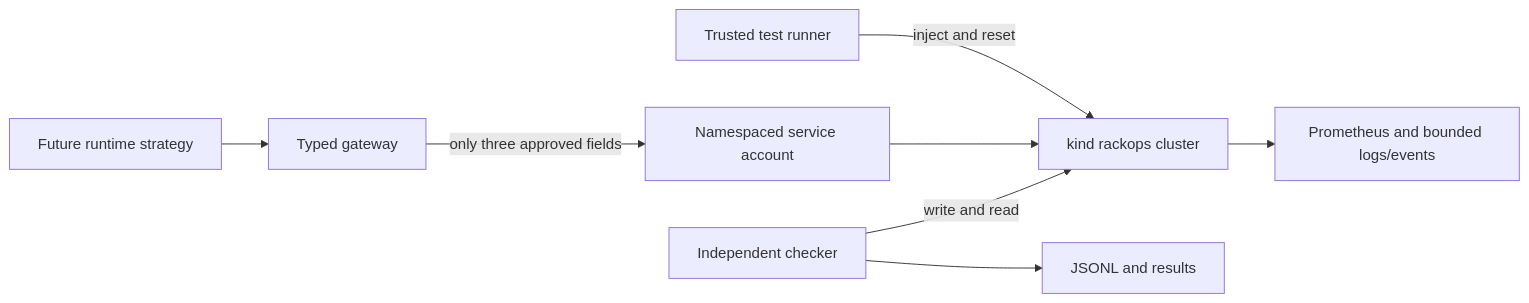
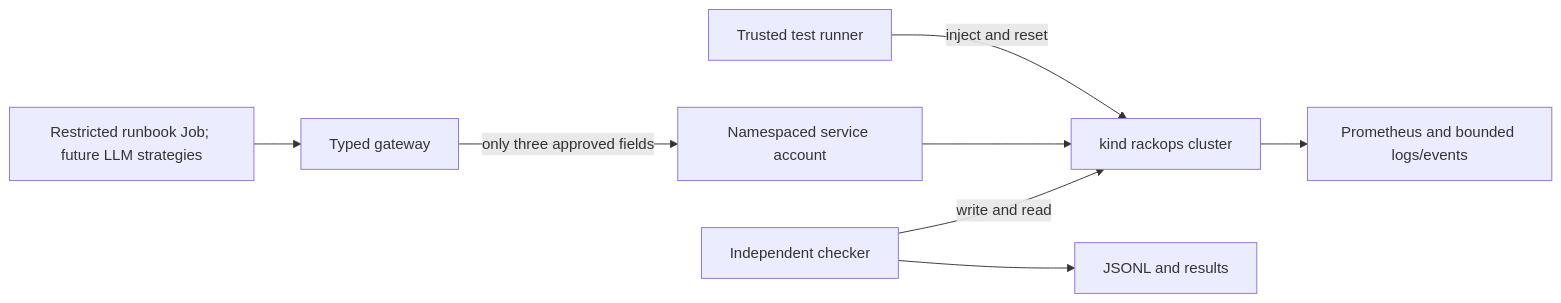
The diagram in docs/architecture.md (MAndersonASU/rackops), drawn with Mermaid before and after one commit. The commit also changed other lines of this file and 11 other files, not shown here.

````diff
--- a/docs/architecture.md
+++ b/docs/architecture.md
@@ -3,10 +3,10 @@
 ```mermaid
 flowchart LR
   Runner[Trusted test runner] -->|inject and reset| Lab[kind rackops cluster]
-  Agent[Future runtime strategy] --> Gateway[Typed gateway]
+  Agent[Restricted runbook Job; future LLM strategies] --> Gateway[Typed gateway]
   Gateway -->|only three approved fields| SA[Namespaced service account]
   SA --> Lab
   Lab --> Metrics[Prometheus and bounded logs/events]
   Evaluator[Independent checker] -->|write and read| Lab
   Evaluator --> Records[JSONL and results]
 ```
````
